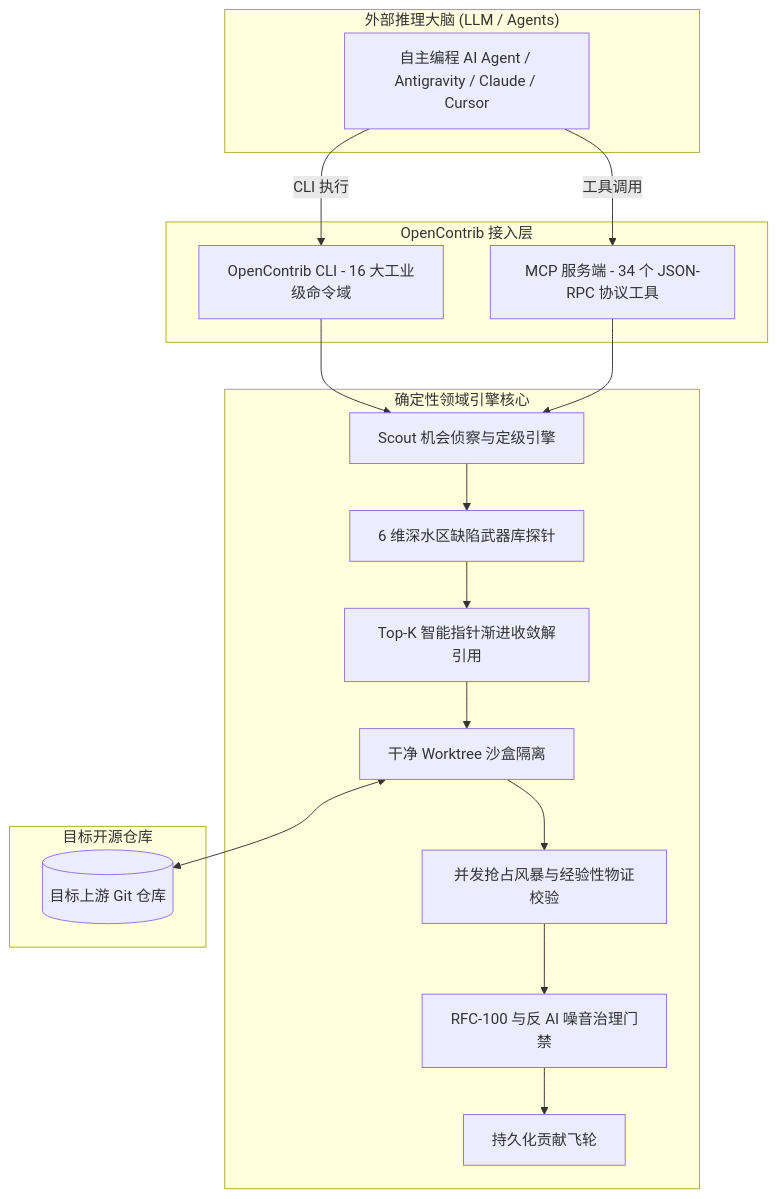
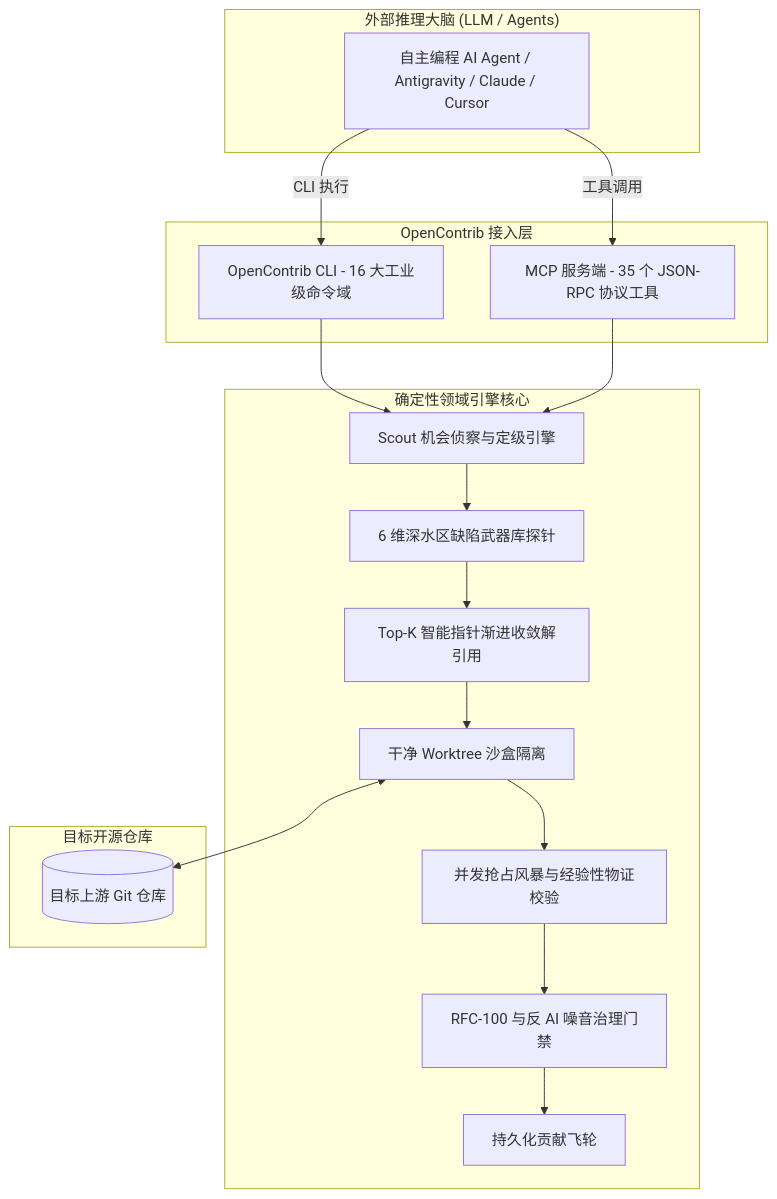
Before and after one commit to MeiSiristhebest/opencontrib: the diagram in ARCHITECTURE_zh.md, drawn with Mermaid. The commit also changed other lines of this file and 32 other files, not shown here.

First line of the commit message:
refactor: complete final architecture remediation and docs synchronization

````diff
--- a/ARCHITECTURE_zh.md
+++ b/ARCHITECTURE_zh.md
@@ -9,37 +9,37 @@
 ```mermaid
 graph TD
     subgraph "外部推理大脑 (LLM / Agents)"
         Agent[自主编程 AI Agent / Antigravity / Claude / Cursor]
     end
 
     subgraph "OpenContrib 接入层"
         CLI[OpenContrib CLI - 16 大工业级命令域]
-        MCP[MCP 服务端 - 34 个 JSON-RPC 协议工具]
+        MCP[MCP 服务端 - 35 个 JSON-RPC 协议工具]
     end
 
     subgraph "确定性领域引擎核心"
         Discovery[Scout 机会侦察与定级引擎]
         Probe[6 维深水区缺陷武器库探针]
         Pointer[Top-K 智能指针渐进收敛解引用]
         Sandbox[干净 Worktree 沙盒隔离]
         Evidence[并发抢占风暴与经验性物证校验]
         Gov[RFC-100 与反 AI 噪音治理门禁]
         Flywheel[持久化贡献飞轮]
     end
 
     subgraph "目标开源仓库"
         Repo[(目标上游 Git 仓库)]
     end
 
     Agent -->|CLI 执行| CLI
     Agent -->|工具调用| MCP
     CLI --> Discovery
     MCP --> Discovery
     Discovery --> Probe
     Probe --> Pointer
     Pointer --> Sandbox
     Sandbox --> Evidence
     Evidence --> Gov
     Gov --> Flywheel
     Sandbox <--> Repo
 ```
````
